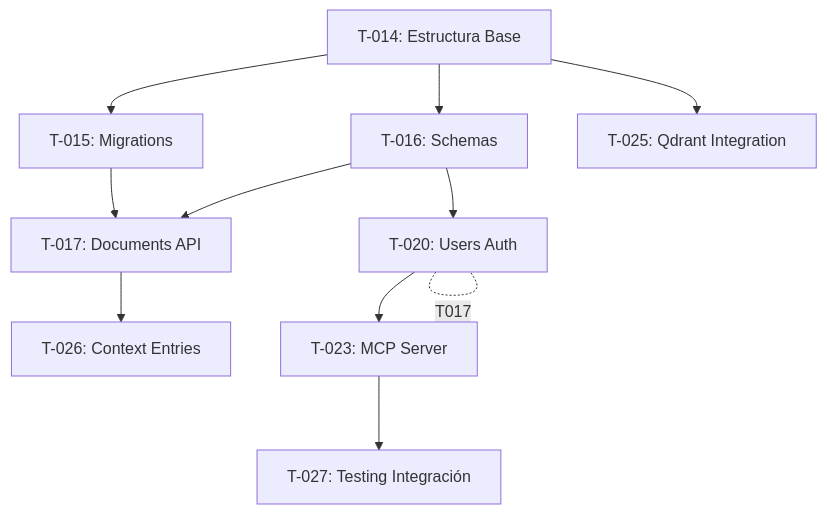
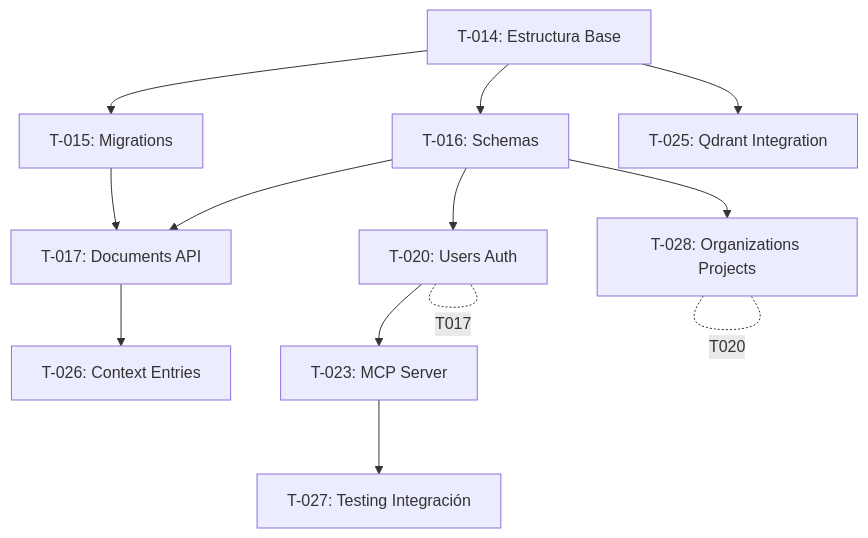
One commit to gilmrjc/alejandria changed the diagram in docs/ingenieria/tareas/epica-02-api-rest-mcp-server.md. Above: the diagram before and after it, drawn with Mermaid. The commit also changed other lines of this file and 118 other files, not shown here.

````diff
--- a/docs/ingenieria/tareas/epica-02-api-rest-mcp-server.md
+++ b/docs/ingenieria/tareas/epica-02-api-rest-mcp-server.md
@@ -142,17 +145,19 @@
 ```mermaid
 graph TD
     T014[T-014: Estructura Base] --> T015[T-015: Migrations]
     T014 --> T016[T-016: Schemas]
     T014 --> T025[T-025: Qdrant Integration]
-    
+
     T015 --> T017[T-017: Documents API]
     T016 --> T017
     T016 --> T020[T-020: Users Auth]
-    
+    T016 --> T028[T-028: Organizations Projects]
+
     T017 --> T026[T-026: Context Entries]
     T020 --> T023[T-023: MCP Server]
-    
+
     T023 --> T027[T-027: Testing Integración]
-    
+
     T020 -. T017 .- T020
+    T028 -. T020 .- T028
 ```
````
